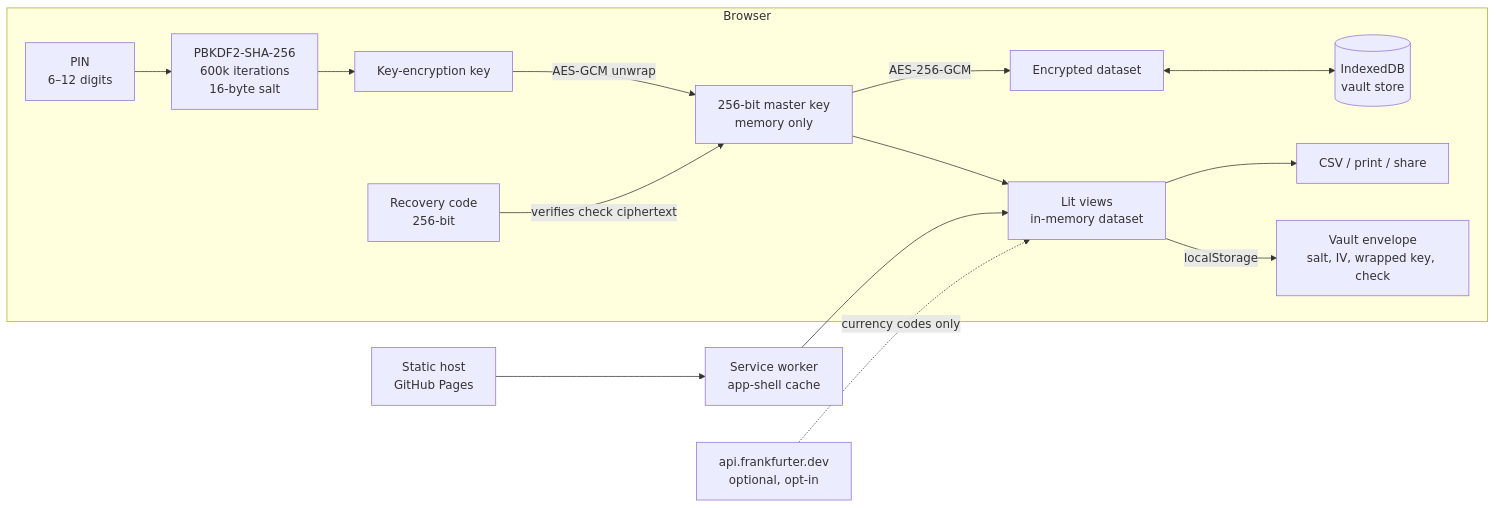
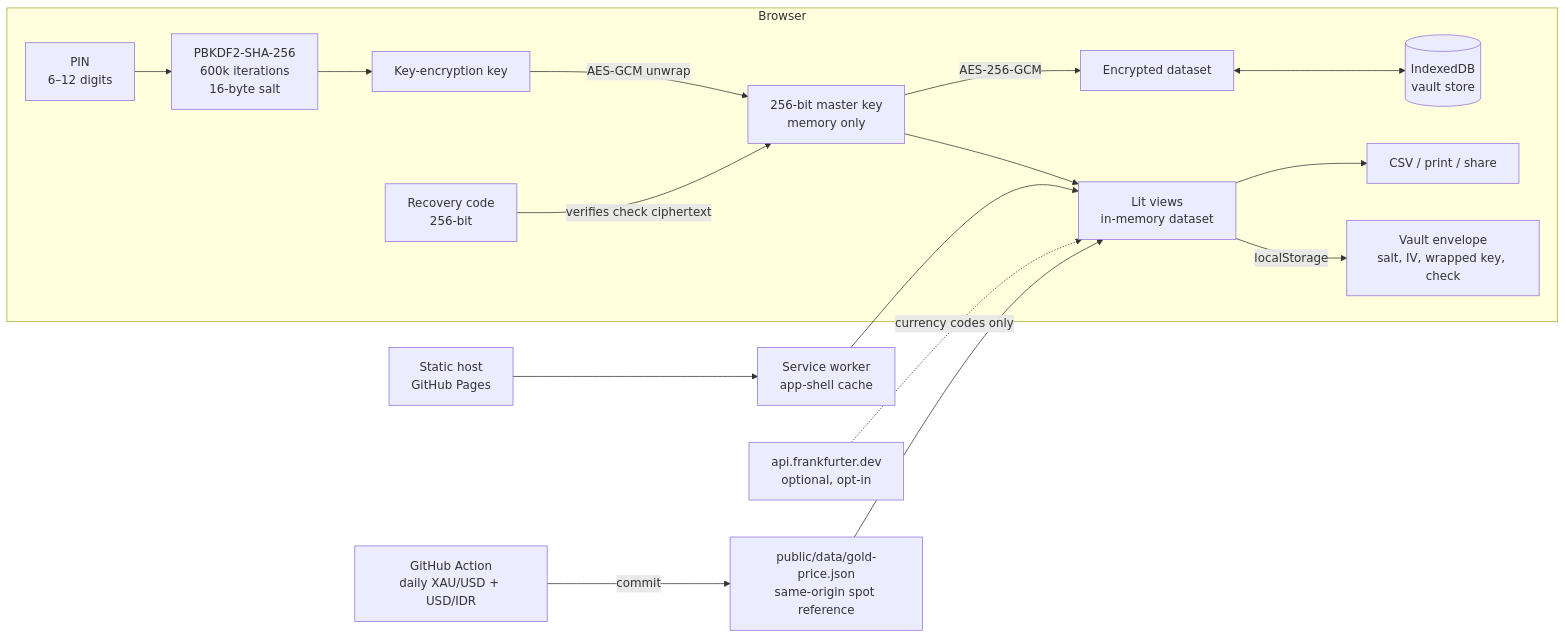
Before and after one commit to sigidpam/dompet-orang-have: the first of 2 diagrams in docs/ARCHITECTURE.md, drawn with Mermaid. The commit also changed other lines of this file and 31 other files, not shown here.

````diff
--- a/docs/ARCHITECTURE.md
+++ b/docs/ARCHITECTURE.md
@@ -8,17 +8,19 @@
 ```mermaid
 flowchart LR
   subgraph Browser
     PIN[PIN<br/>6–12 digits] --> KDF[PBKDF2-SHA-256<br/>600k iterations<br/>16-byte salt]
     KDF --> KEK[Key-encryption key]
     KEK -->|AES-GCM unwrap| MK[256-bit master key<br/>memory only]
     REC[Recovery code<br/>256-bit] -->|verifies check ciphertext| MK
     MK -->|AES-256-GCM| DATA[Encrypted dataset]
     DATA <--> IDB[(IndexedDB<br/>vault store)]
     MK --> UI[Lit views<br/>in-memory dataset]
     UI --> CSV[CSV / print / share]
     UI -->|localStorage| ENV[Vault envelope<br/>salt, IV, wrapped key, check]
   end
   SW[Service worker<br/>app-shell cache] --> UI
   HOST[Static host<br/>GitHub Pages] --> SW
   RATES[api.frankfurter.dev<br/>optional, opt-in] -.->|currency codes only| UI
+  GOLD[public/data/gold-price.json<br/>same-origin spot reference] --> UI
+  GHA[GitHub Action<br/>daily XAU/USD + USD/IDR] -->|commit| GOLD
 ```
````
